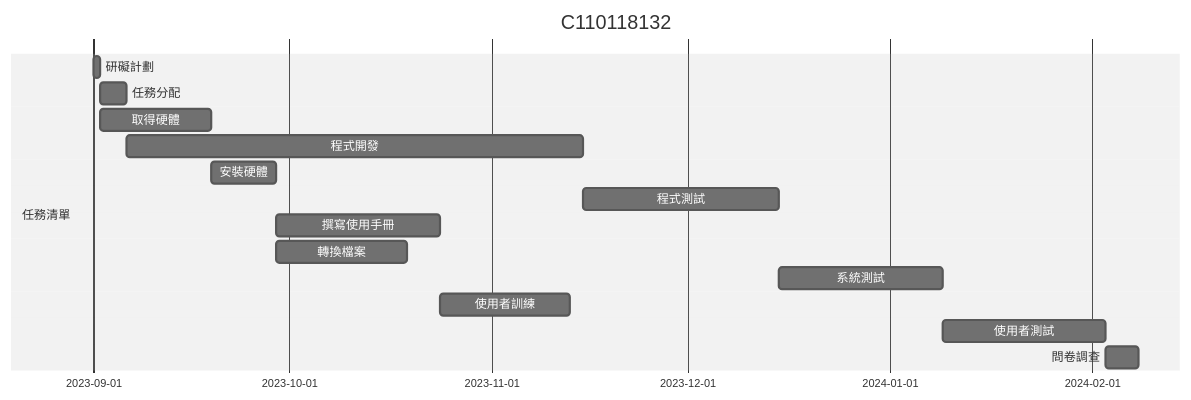
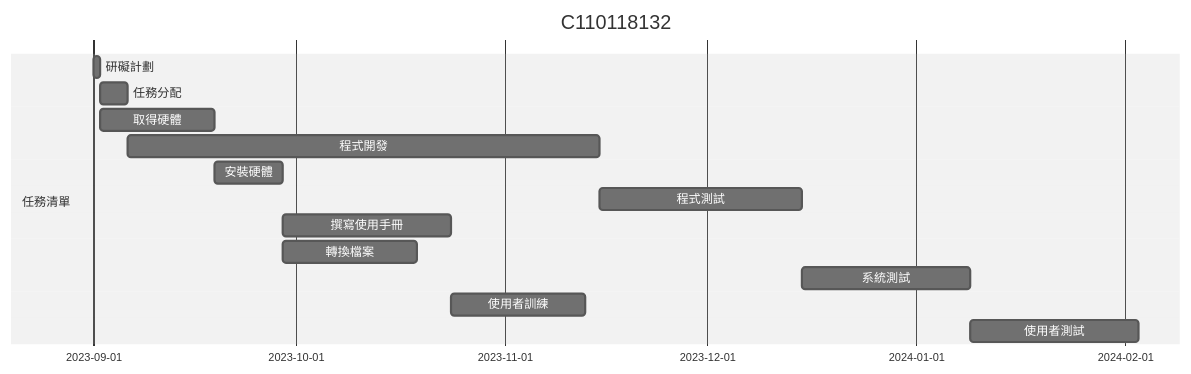
The second of 4 diagrams in hw2.md (MITC110118132/23a), drawn with Mermaid (neutral theme) before and after one commit. The commit also changed other lines of this file, not shown here.

````diff
--- a/hw2.md
+++ b/hw2.md
@@ -16,18 +16,17 @@
 ```mermaid
 gantt
     title C110118132
 
     section 任務清單
     研礙計劃           :a1, 2023-09-01, 1d
     任務分配           :a2, after a1  , 4d
     取得硬體           :a3, after a1  , 17d
     程式開發           :a4, after a2  , 70d
     安裝硬體           :a5, after a3  , 10d
     程式測試           :a6, after a4  , 30d
     撰寫使用手冊        :a7, after a5  , 25d
     轉換檔案           :a8, after a5  , 20d
     系統測試           :a9, after a6  , 25d
     使用者訓練         :a10, after a7  , 20d
     使用者測試         :a11, after a9  , 25d
-    問卷調查           :a12, after a11 , 5d
 ```
````
